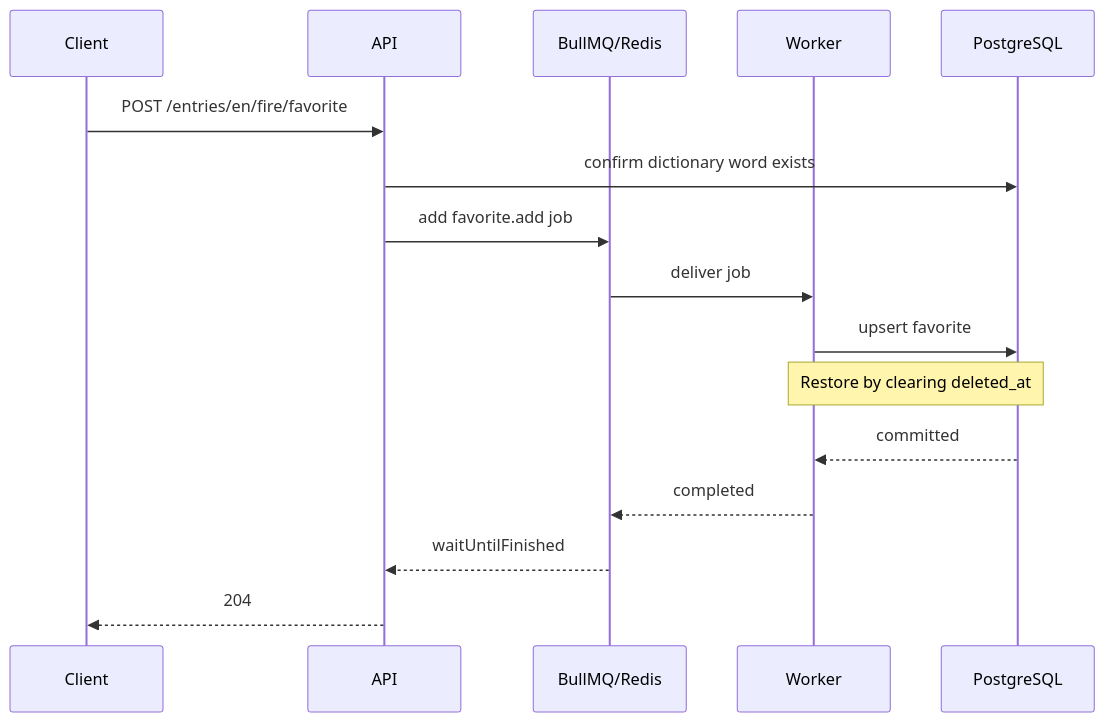
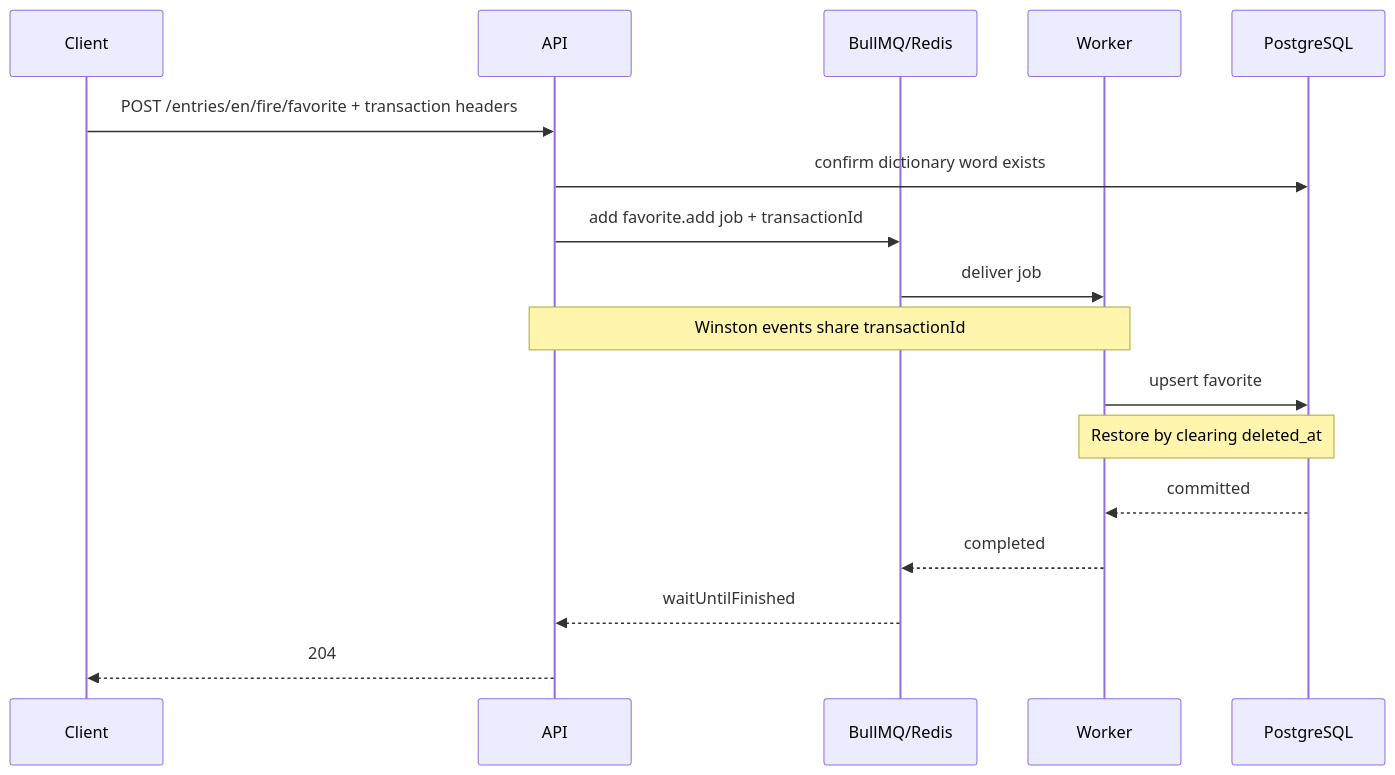
The third of 5 diagrams in docs/architecture.md (C4BRALL/english-dictionary-api), drawn with Mermaid before and after one commit. The commit also changed other lines of this file and 2 other files, not shown here.

Commit message:
docs: document transaction observability

````diff
--- a/docs/architecture.md
+++ b/docs/architecture.md
@@ -69,19 +71,20 @@
 ```mermaid
 sequenceDiagram
   participant Client
   participant API
   participant Queue as BullMQ/Redis
   participant Worker
   participant DB as PostgreSQL
 
-  Client->>API: POST /entries/en/fire/favorite
+  Client->>API: POST /entries/en/fire/favorite + transaction headers
   API->>DB: confirm dictionary word exists
-  API->>Queue: add favorite.add job
+  API->>Queue: add favorite.add job + transactionId
   Queue->>Worker: deliver job
+  Note over API,Worker: Winston events share transactionId
   Worker->>DB: upsert favorite
   Note over Worker,DB: Restore by clearing deleted_at
   DB-->>Worker: committed
   Worker-->>Queue: completed
   Queue-->>API: waitUntilFinished
   API-->>Client: 204
 ```
````
